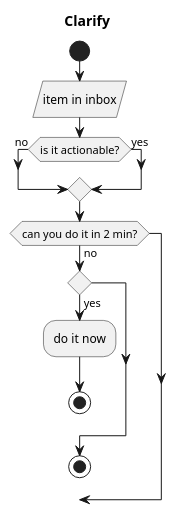
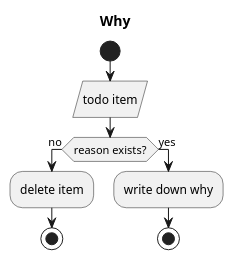
Before and after one commit to genenakagaki/myconfig: the fourth of 4 diagrams in emacs/config-org-mode.org, drawn with PlantUML. The commit also changed other lines of this file and 1 other file, not shown here.

```diff
--- a/emacs/config-org-mode.org
+++ b/emacs/config-org-mode.org
@@ -227,20 +277,15 @@
 #+begin_src plantuml :tangle no
   @startuml
-  title Clarify
+  title Why
 
   start
-  :item in inbox/
-  if (is it actionable?) then (no)
-
+  :todo item/
+  if (reason exists?) then (no)
+          :delete item;
+          stop
   else (yes)
-  endif
-  if (can you do it in 2 min?) then (no)
-          if ()
-  else (yes)
-          :do it now;
+          :write down why;
           stop
   endif
-
-  stop
   @enduml
 #+end_src
```
